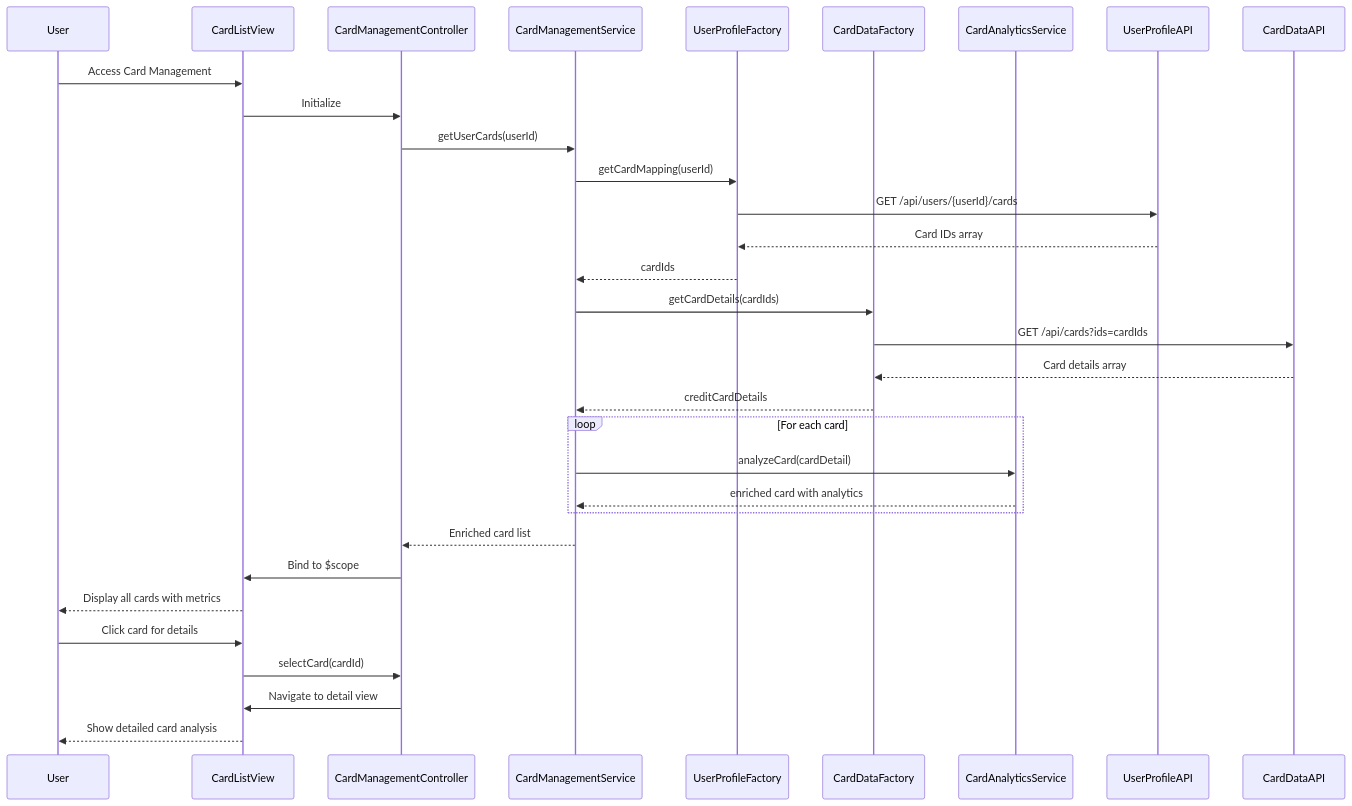
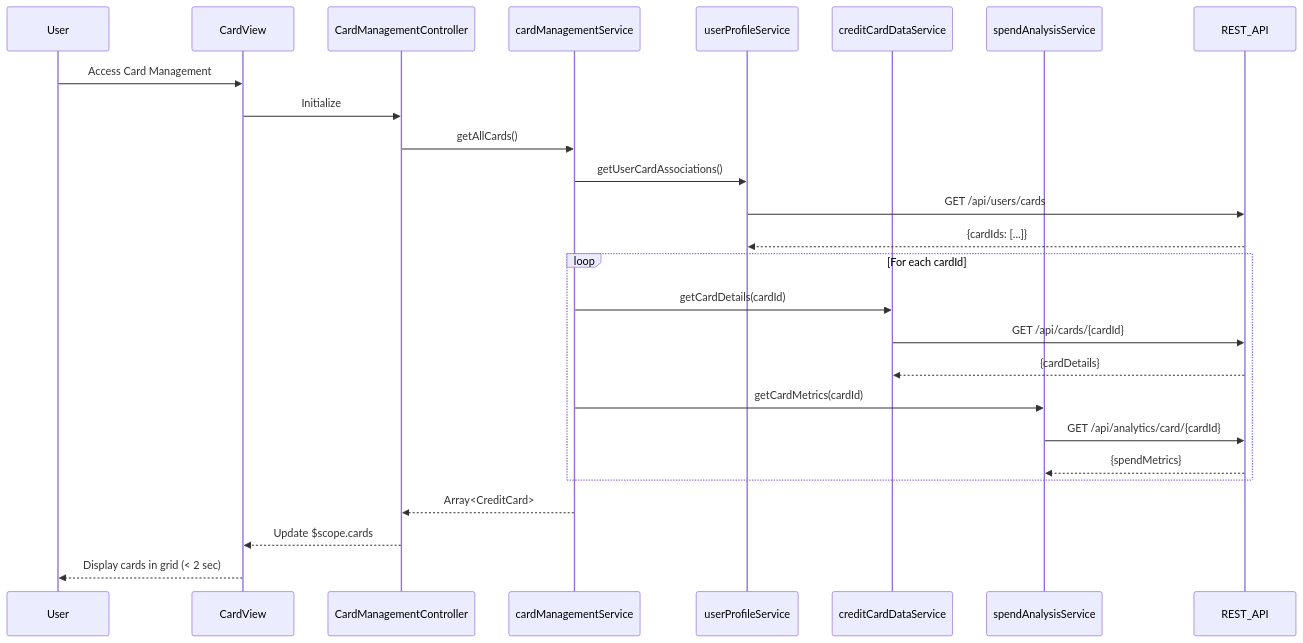
Before and after one commit to AAVA-Demo/APB_Demo: the diagram in LLD/QE-7943_LLD.md, drawn with Mermaid. The commit also changed other lines of this file and 5 other files, not shown here.

````diff
--- a/LLD/QE-7943_LLD.md
+++ b/LLD/QE-7943_LLD.md
@@ -85,40 +75,29 @@
 ```mermaid
 sequenceDiagram
     participant User
-    participant CardListView
+    participant CardView
     participant CardManagementController
-    participant CardManagementService
-    participant UserProfileFactory
-    participant CardDataFactory
-    participant CardAnalyticsService
-    participant UserProfileAPI
-    participant CardDataAPI
+    participant cardManagementService
+    participant userProfileService
+    participant creditCardDataService
+    participant spendAnalysisService
+    participant REST_API
 
-    User->>CardListView: Access Card Management
-    CardListView->>CardManagementController: Initialize
-    CardManagementController->>CardManagementService: getUserCards(userId)
-    
-    CardManagementService->>UserProfileFactory: getCardMapping(userId)
-    UserProfileFactory->>UserProfileAPI: GET /api/users/{userId}/cards
-    UserProfileAPI-->>UserProfileFactory: Card IDs array
-    UserProfileFactory-->>CardManagementService: cardIds
-    
-    CardManagementService->>CardDataFactory: getCardDetails(cardIds)
-    CardDataFactory->>CardDataAPI: GET /api/cards?ids=cardIds
-    CardDataAPI-->>CardDataFactory: Card details array
-    CardDataFactory-->>CardManagementService: creditCardDetails
-    
-    loop For each card
-        CardManagementService->>CardAnalyticsService: analyzeCard(cardDetail)
-        CardAnalyticsService-->>CardManagementService: enriched card with analytics
+    User->>CardView: Access Card Management
+    CardView->>CardManagementController: Initialize
+    CardManagementController->>cardManagementService: getAllCards()
+    cardManagementService->>userProfileService: getUserCardAssociations()
+    userProfileService->>REST_API: GET /api/users/cards
+    REST_API-->>userProfileService: {cardIds: [...]}
+    loop For each cardId
+        cardManagementService->>creditCardDataService: getCardDetails(cardId)
+        creditCardDataService->>REST_API: GET /api/cards/{cardId}
+        REST_API-->>creditCardDataService: {cardDetails}
+        cardManagementService->>spendAnalysisService: getCardMetrics(cardId)
+        spendAnalysisService->>REST_API: GET /api/analytics/card/{cardId}
+        REST_API-->>spendAnalysisService: {spendMetrics}
     end
-    
-    CardManagementService-->>CardManagementController: Enriched card list
-    CardManagementController->>CardListView: Bind to $scope
-    CardListView-->>User: Display all cards with metrics
-    
-    User->>CardListView: Click card for details
-    CardListView->>CardManagementController: selectCard(cardId)
-    CardManagementController->>CardListView: Navigate to detail view
-    CardListView-->>User: Show detailed card analysis
+    cardManagementService-->>CardManagementController: Array<CreditCard>
+    CardManagementController-->>CardView: Update $scope.cards
+    CardView-->>User: Display cards in grid (< 2 sec)
 ```
````
